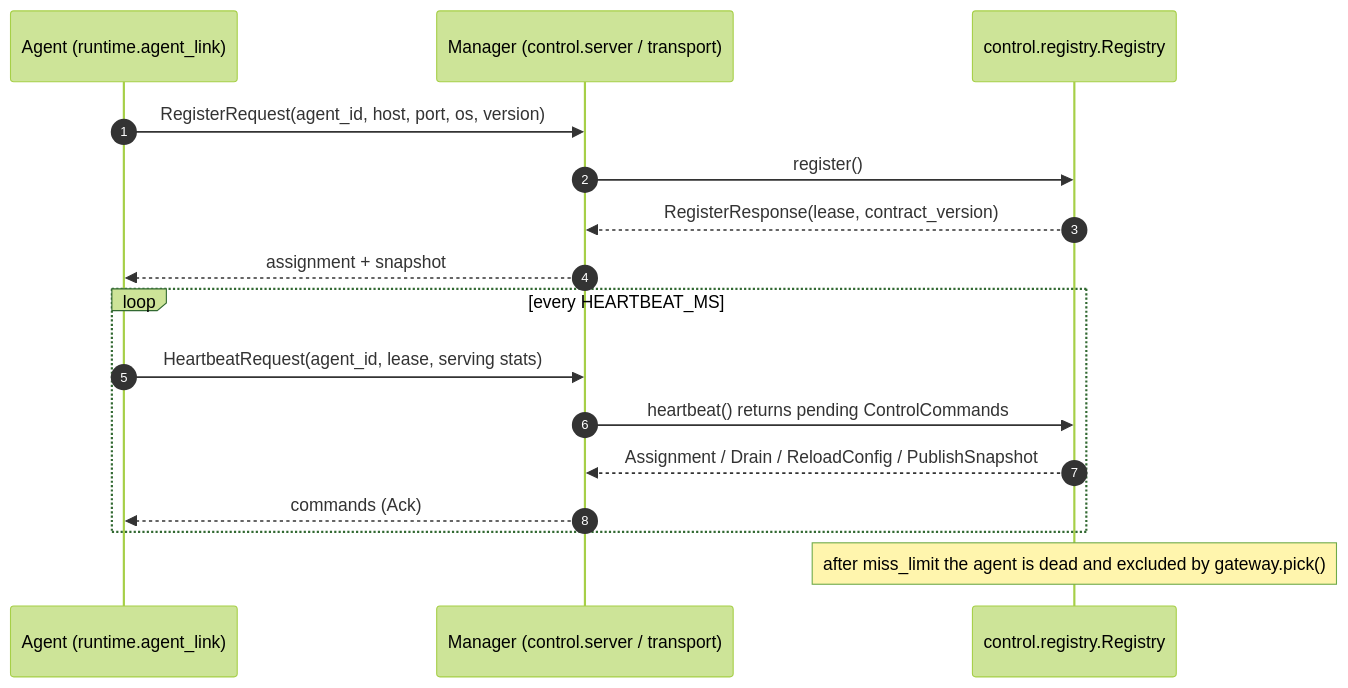
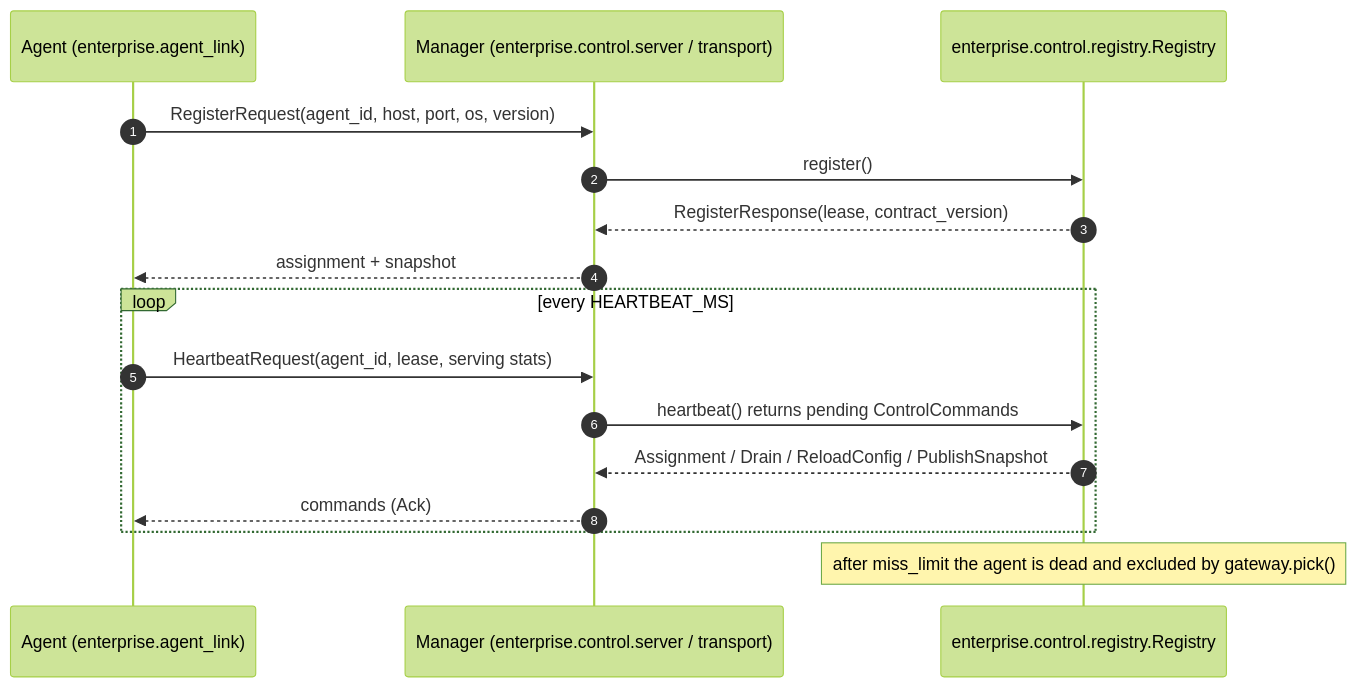
One commit to Andreas-bersgtedt/Fabric-Shortcut-Proxy changed diagram 12 of 13 in docs/TechnicalArchitecture.md. Above: the diagram before and after it, drawn with Mermaid (forest theme). The commit also changed other lines of this file and 3 other files, not shown here.

````diff
--- a/docs/TechnicalArchitecture.md
+++ b/docs/TechnicalArchitecture.md
@@ -492,19 +492,19 @@
 ```mermaid
 sequenceDiagram
   autonumber
-  participant AG as Agent (runtime.agent_link)
-  participant MG as Manager (control.server / transport)
-  participant RG as control.registry.Registry
+  participant AG as Agent (enterprise.agent_link)
+  participant MG as Manager (enterprise.control.server / transport)
+  participant RG as enterprise.control.registry.Registry
 
   AG->>MG: RegisterRequest(agent_id, host, port, os, version)
   MG->>RG: register()
   RG-->>MG: RegisterResponse(lease, contract_version)
   MG-->>AG: assignment + snapshot
   loop every HEARTBEAT_MS
     AG->>MG: HeartbeatRequest(agent_id, lease, serving stats)
     MG->>RG: heartbeat() returns pending ControlCommands
     RG-->>MG: Assignment / Drain / ReloadConfig / PublishSnapshot
     MG-->>AG: commands (Ack)
   end
   Note over RG: after miss_limit the agent is dead and excluded by gateway.pick()
 ```
````
